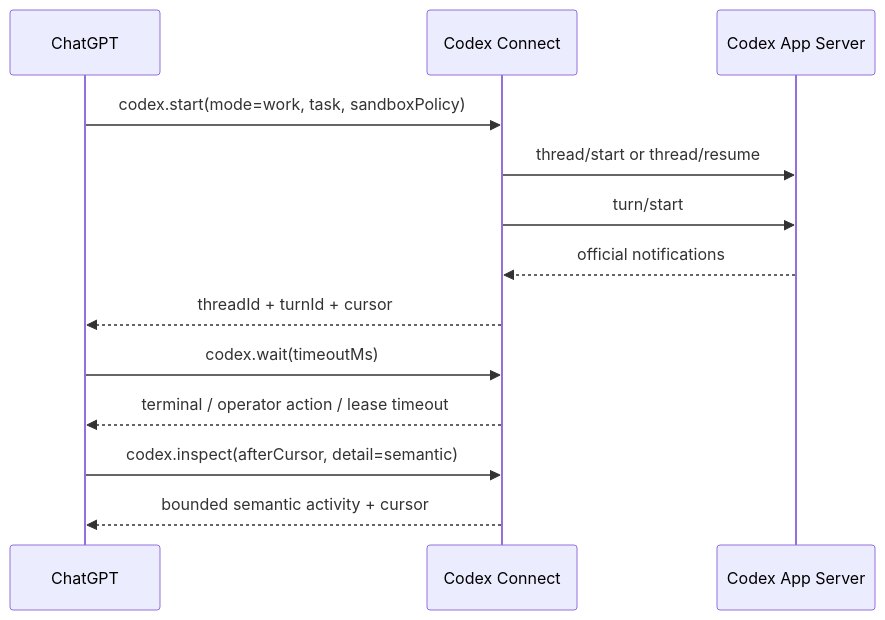
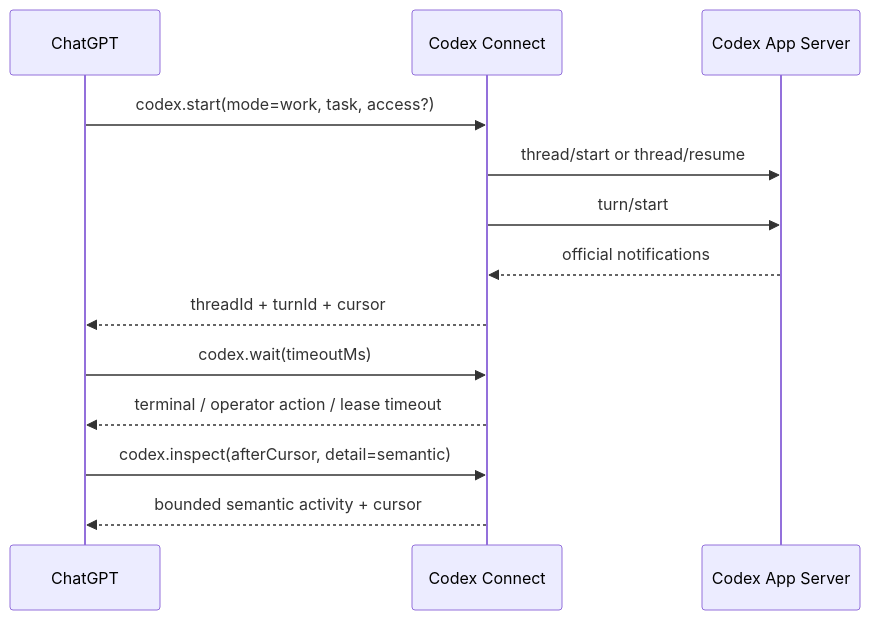
Before and after one commit to Jesrey0/codex-connect: the second of 2 diagrams in docs/architecture/overview.md, drawn with Mermaid. The commit also changed other lines of this file and 9 other files, not shown here.

````diff
--- a/docs/architecture/overview.md
+++ b/docs/architecture/overview.md
@@ -82,16 +82,16 @@
 ```mermaid
 sequenceDiagram
     participant C as ChatGPT
     participant X as Codex Connect
     participant A as Codex App Server
 
-    C->>X: codex.start(mode=work, task, sandboxPolicy)
+    C->>X: codex.start(mode=work, task, access?)
     X->>A: thread/start or thread/resume
     X->>A: turn/start
     A-->>X: official notifications
     X-->>C: threadId + turnId + cursor
     C->>X: codex.wait(timeoutMs)
     X-->>C: terminal / operator action / lease timeout
     C->>X: codex.inspect(afterCursor, detail=semantic)
     X-->>C: bounded semantic activity + cursor
 ```
````
